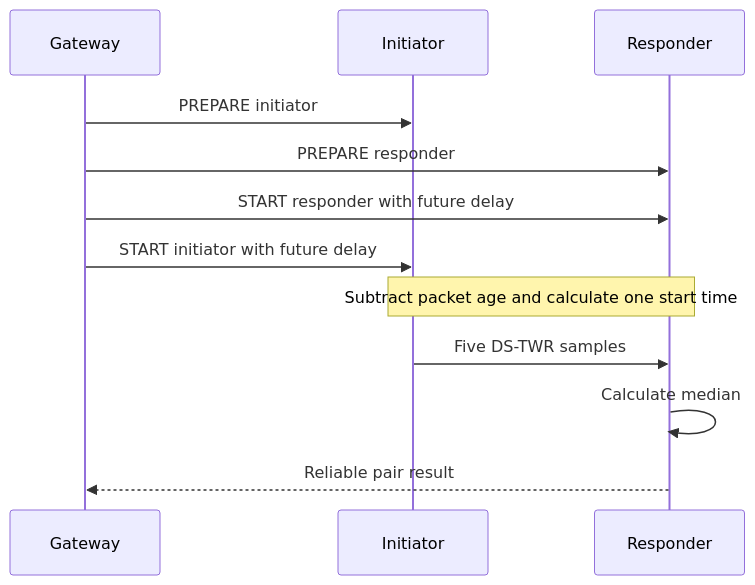
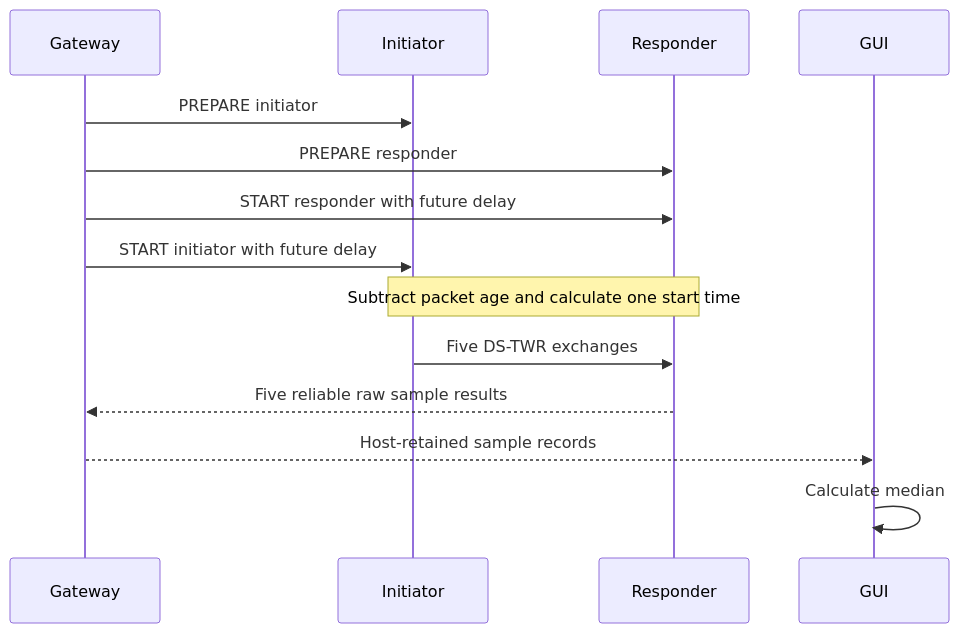
Diagram 12 of 12 in Documentation/IMEC2_Firmware_State_Machine_Design.md (Jubliano-sama/IMEC2), drawn with Mermaid before and after one commit. The commit also changed 281 other files, not shown here.

````diff
--- a/Documentation/IMEC2_Firmware_State_Machine_Design.md
+++ b/Documentation/IMEC2_Firmware_State_Machine_Design.md
@@ -363,15 +363,16 @@
 ```mermaid
 sequenceDiagram
     participant GW as Gateway
     participant I as Initiator
     participant R as Responder
 
     GW->>I: PREPARE initiator
     GW->>R: PREPARE responder
     GW->>R: START responder with future delay
     GW->>I: START initiator with future delay
     Note over I,R: Subtract packet age and calculate one start time
-    I->>R: Five DS-TWR samples
-    R->>R: Calculate median
-    R-->>GW: Reliable pair result
+    I->>R: Five DS-TWR exchanges
+    R-->>GW: Five reliable raw sample results
+    GW-->>GUI: Host-retained sample records
+    GUI->>GUI: Calculate median
 ```
````
